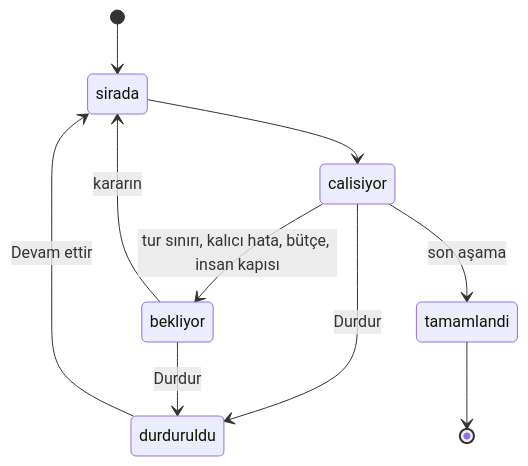
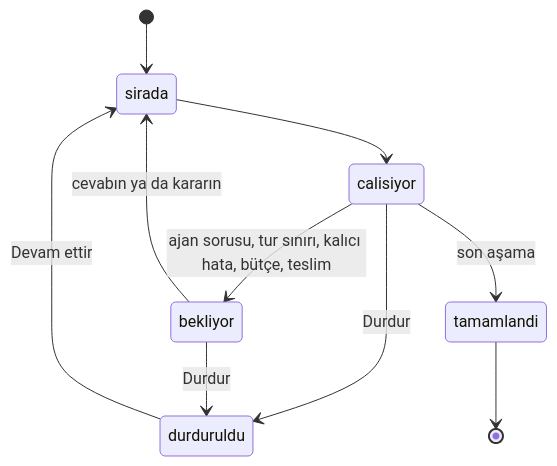
The fourth of 6 diagrams in README.md (kagantantan/kovan), drawn with Mermaid before and after one commit. The commit also changed other lines of this file and 74 other files, not shown here.

````diff
--- a/README.md
+++ b/README.md
@@ -131,12 +141,12 @@
 ```mermaid
 stateDiagram-v2
     [*] --> sirada
     sirada --> calisiyor
-    calisiyor --> bekliyor: tur sınırı, kalıcı hata, bütçe, insan kapısı
-    bekliyor --> sirada: kararın
+    calisiyor --> bekliyor: ajan sorusu, tur sınırı, kalıcı hata, bütçe, teslim
+    bekliyor --> sirada: cevabın ya da kararın
     calisiyor --> durduruldu: Durdur
     bekliyor --> durduruldu: Durdur
     durduruldu --> sirada: Devam ettir
     calisiyor --> tamamlandi: son aşama
     tamamlandi --> [*]
 ```
````
